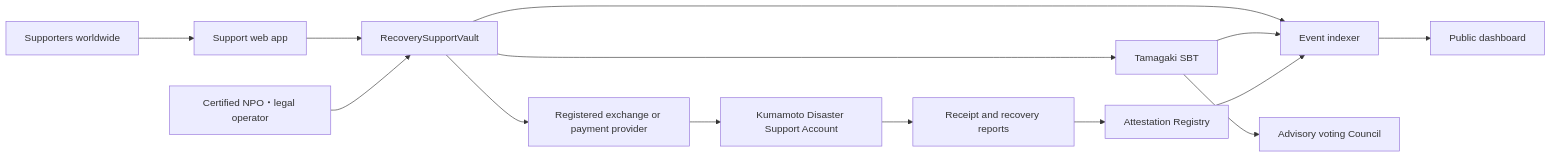
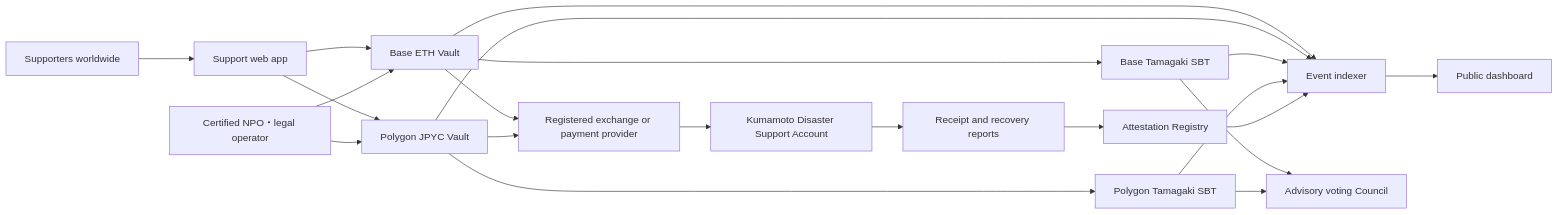
The first of 5 diagrams in docs/en/architecture.md (ShigeichiroYamasaki/yui-no-kaki-kumamoto), drawn with Mermaid before and after one commit. The commit also changed other lines of this file and 38 other files, not shown here.

Commit message:
Implement Base ETH and Polygon JPYC production split

````diff
--- a/docs/en/architecture.md
+++ b/docs/en/architecture.md
@@ -5,16 +5,23 @@
 ```mermaid
 flowchart LR
   S[Supporters worldwide] --> W[Support web app]
-  W --> V[RecoverySupportVault]
-  N["Certified NPO・legal operator"] --> V
-  V --> T[Tamagaki SBT]
-  V --> X[Registered exchange or payment provider]
+  W --> BV[Base ETH Vault]
+  W --> PV[Polygon JPYC Vault]
+  N["Certified NPO・legal operator"] --> BV
+  N --> PV
+  BV --> BT[Base Tamagaki SBT]
+  PV --> PT[Polygon Tamagaki SBT]
+  BV --> X[Registered exchange or payment provider]
+  PV --> X
   X --> K[Kumamoto Disaster Support Account]
   K --> A[Receipt and recovery reports]
   A --> R[Attestation Registry]
-  V --> I[Event indexer]
-  T --> I
+  BV --> I[Event indexer]
+  PV --> I
+  BT --> I
+  PT --> I
   R --> I
   I --> D[Public dashboard]
-  T --> C[Advisory voting Council]
+  BT --> C[Advisory voting Council]
+  PT --> C
 ```
````
